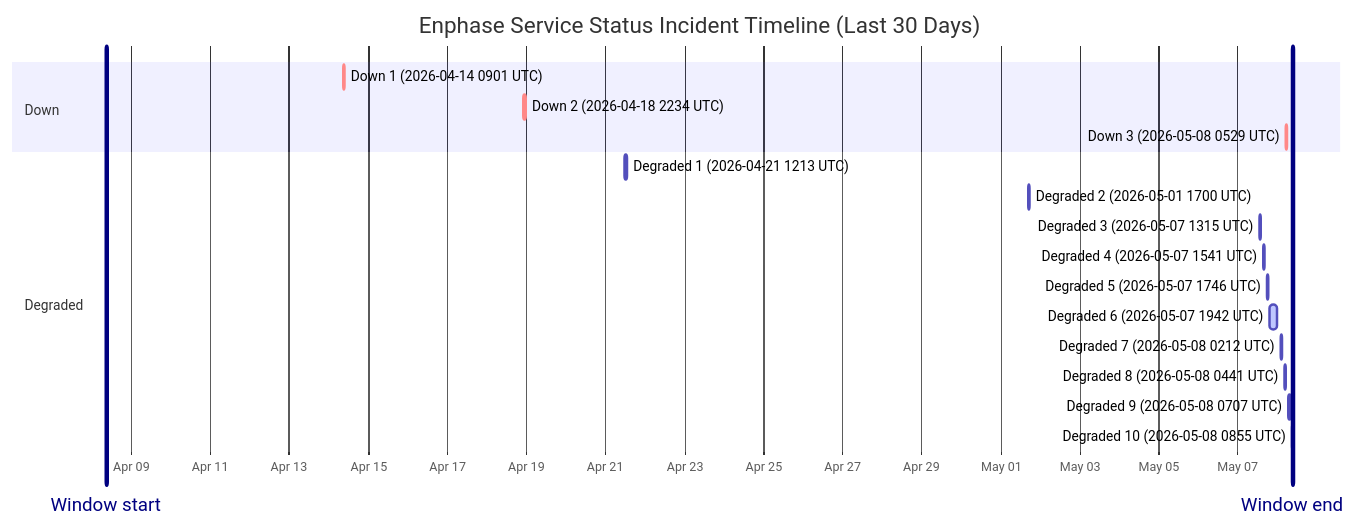
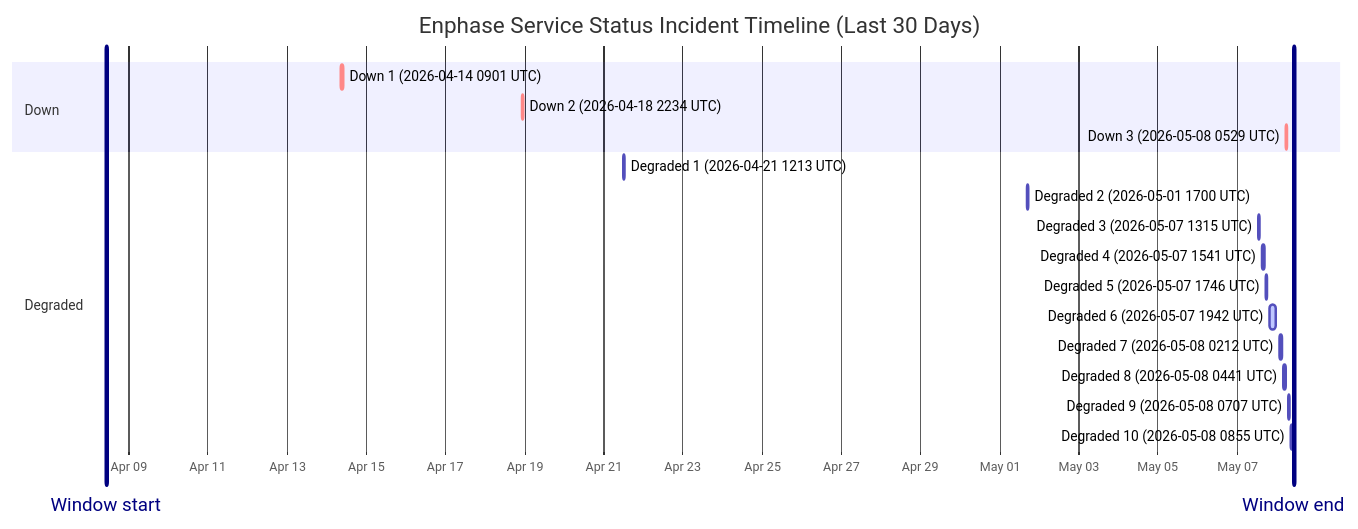
One commit to barneyonline/ha-enphase-ev-charger changed the diagram in wiki/Service-Status-History.md. Above: the diagram before and after it, drawn with Mermaid. The commit also changed other lines of this file and 5 other files, not shown here.

````diff
--- a/wiki/Service-Status-History.md
+++ b/wiki/Service-Status-History.md
@@ -14,23 +14,23 @@
 ```mermaid
 gantt
     title Enphase Service Status Incident Timeline (Last 30 Days)
     dateFormat  YYYY-MM-DDTHH:mm:ss
     axisFormat  %b %d
-    Window start :vert, window-start, 2026-04-08T08:55:20, 0ms
-    Window end :vert, window-end, 2026-05-08T08:55:20, 0ms
+    Window start :vert, window-start, 2026-04-08T10:23:52, 0ms
+    Window end :vert, window-end, 2026-05-08T10:23:52, 0ms
     section Down
     Down 1 (2026-04-14 0901 UTC) :crit, down-1, 2026-04-14T09:01:13, 60m
     Down 2 (2026-04-18 2234 UTC) :crit, down-2, 2026-04-18T22:34:13, 60m
     Down 3 (2026-05-08 0529 UTC) :crit, down-3, 2026-05-08T05:29:47, 60m
     section Degraded
     Degraded 1 (2026-04-21 1213 UTC) :active, degraded-1, 2026-04-21T12:13:11, 60m
     Degraded 2 (2026-05-01 1700 UTC) :active, degraded-2, 2026-05-01T17:00:22, 60m
     Degraded 3 (2026-05-07 1315 UTC) :active, degraded-3, 2026-05-07T13:15:25, 60m
     Degraded 4 (2026-05-07 1541 UTC) :active, degraded-4, 2026-05-07T15:41:58, 60m
     Degraded 5 (2026-05-07 1746 UTC) :active, degraded-5, 2026-05-07T17:46:51, 60m
     Degraded 6 (2026-05-07 1942 UTC) :active, degraded-6, 2026-05-07T19:42:10, 249m
     Degraded 7 (2026-05-08 0212 UTC) :active, degraded-7, 2026-05-08T02:12:39, 60m
     Degraded 8 (2026-05-08 0441 UTC) :active, degraded-8, 2026-05-08T04:41:46, 60m
     Degraded 9 (2026-05-08 0707 UTC) :active, degraded-9, 2026-05-08T07:07:30, 60m
-    Degraded 10 (2026-05-08 0855 UTC) :active, degraded-10, 2026-05-08T08:55:20, 60m
+    Degraded 10 (2026-05-08 0855 UTC) :active, degraded-10, 2026-05-08T08:55:20, 88m
 ```
````
